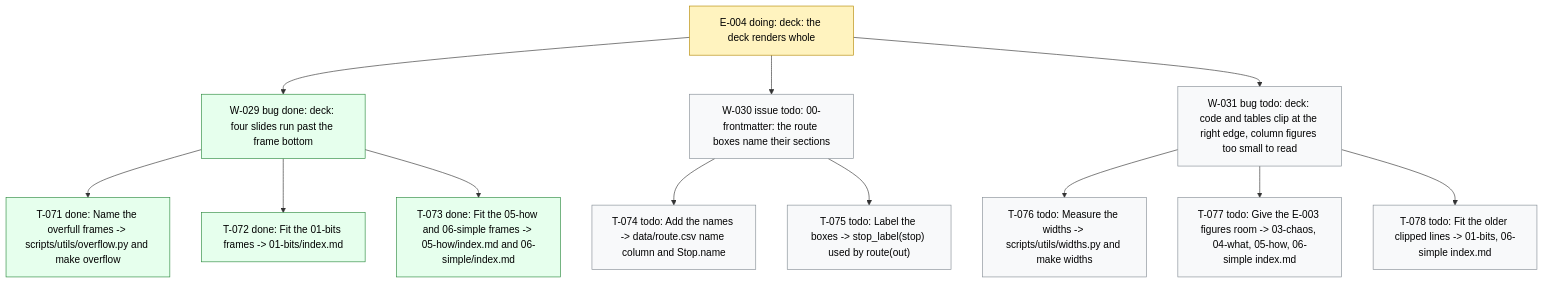
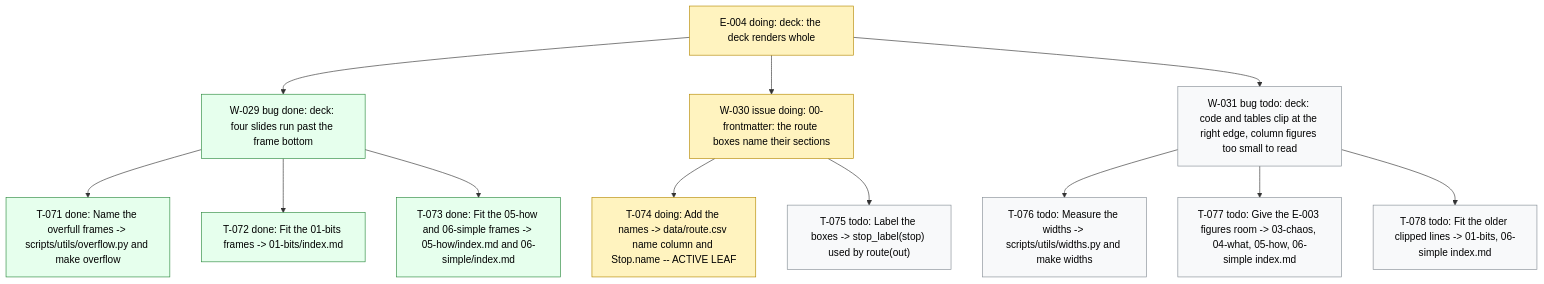
Before and after one commit to dpopchev/chaos-to-simple: the diagram in .board/BOARD.md, drawn with Mermaid. The commit also changed other lines of this file and 2 other files, not shown here.

Commit message:
chore(board): activate W-030, start T-074
Refs: W-030 T-074

````diff
--- a/.board/BOARD.md
+++ b/.board/BOARD.md
@@ -193,23 +193,23 @@
 ```mermaid
 flowchart TD
   E004["E-004 doing: deck: the deck renders whole"]
   E004 --> W029["W-029 bug done: deck: four slides run past the frame bottom"]
   W029 --> T071["T-071 done: Name the overfull frames -> scripts/utils/overflow.py and make overflow"]
   W029 --> T072["T-072 done: Fit the 01-bits frames -> 01-bits/index.md"]
   W029 --> T073["T-073 done: Fit the 05-how and 06-simple frames -> 05-how/index.md and 06-simple/index.md"]
-  E004 --> W030["W-030 issue todo: 00-frontmatter: the route boxes name their sections"]
-  W030 --> T074["T-074 todo: Add the names -> data/route.csv name column and Stop.name"]
+  E004 --> W030["W-030 issue doing: 00-frontmatter: the route boxes name their sections"]
+  W030 --> T074["T-074 doing: Add the names -> data/route.csv name column and Stop.name -- ACTIVE LEAF"]
   W030 --> T075["T-075 todo: Label the boxes -> stop_label(stop) used by route(out)"]
   E004 --> W031["W-031 bug todo: deck: code and tables clip at the right edge, column figures too small to read"]
   W031 --> T076["T-076 todo: Measure the widths -> scripts/utils/widths.py and make widths"]
   W031 --> T077["T-077 todo: Give the E-003 figures room -> 03-chaos, 04-what, 05-how, 06-simple index.md"]
   W031 --> T078["T-078 todo: Fit the older clipped lines -> 01-bits, 06-simple index.md"]
   classDef doing fill:#fff3bf,stroke:#b58900,color:#000;
   classDef blocked fill:#ffe3e3,stroke:#c92a2a,color:#000;
   classDef done fill:#e6ffed,stroke:#2b8a3e,color:#000;
   classDef todo fill:#f8f9fa,stroke:#868e96,color:#000;
   classDef pruned fill:#f1f3f5,stroke:#adb5bd,color:#000;
-  class E004 doing
+  class E004,W030,T074 doing
   class W029,T071,T072,T073 done
-  class W030,T074,T075,W031,T076,T077,T078 todo
+  class T075,W031,T076,T077,T078 todo
 ```
````
